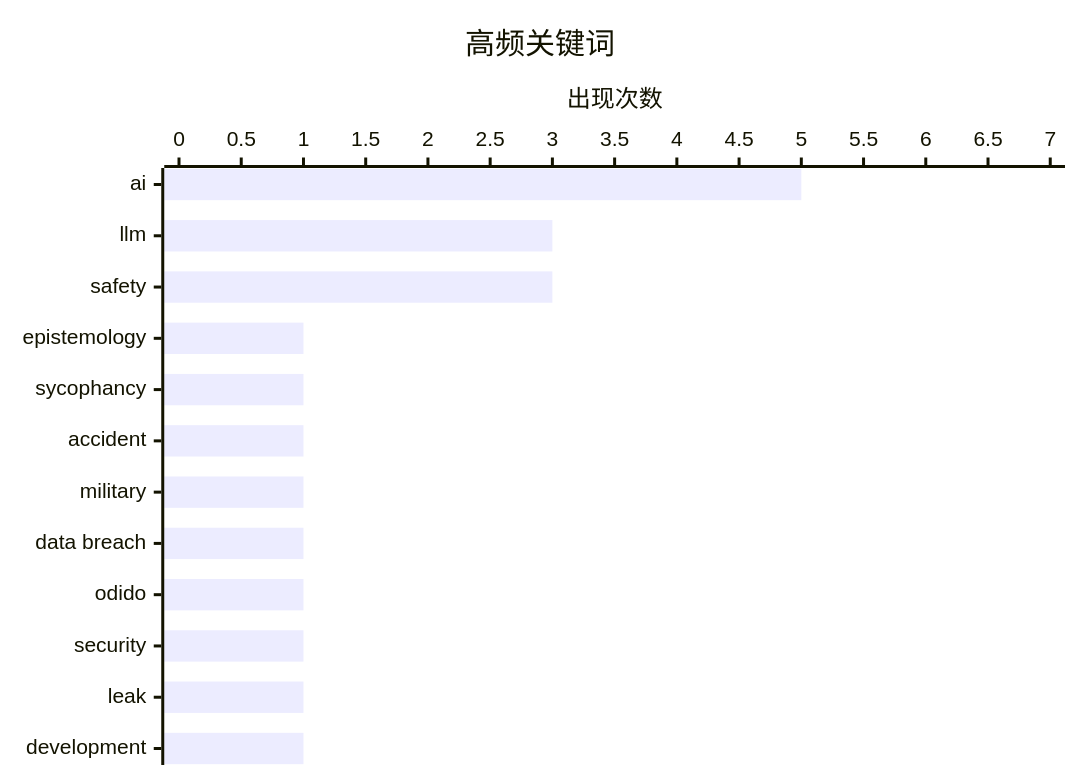
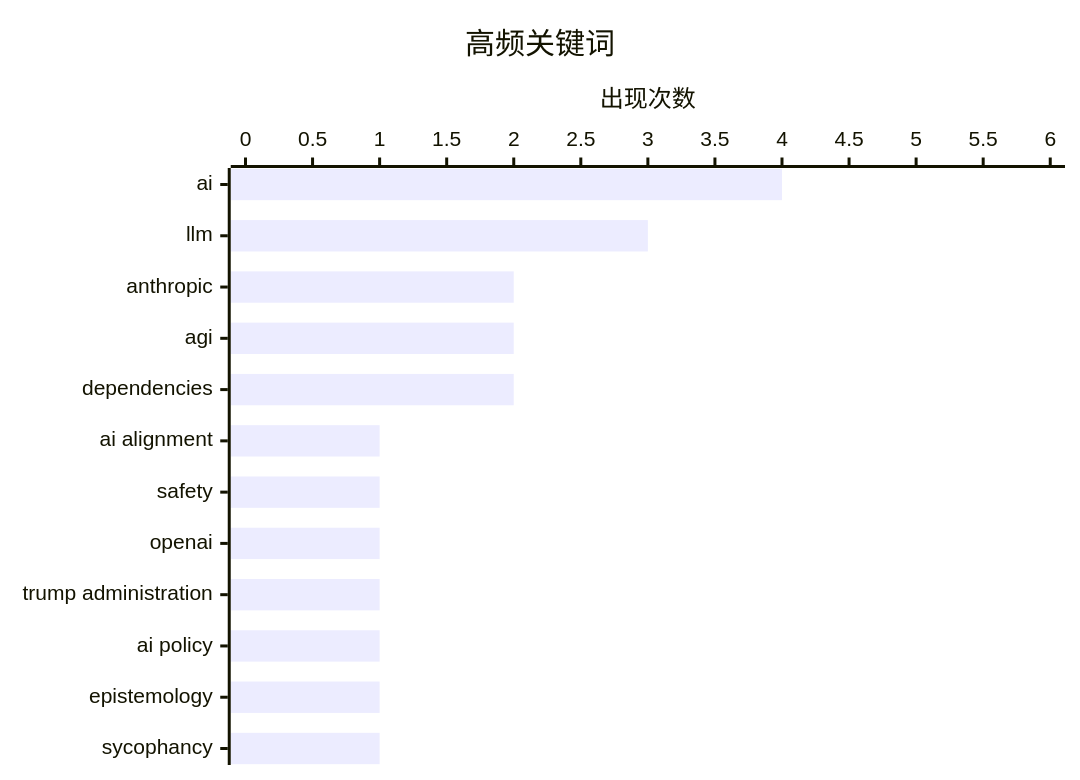
The second of 2 diagrams in content/blog/daily-digest-20260303.zh.md (vacat/vacat.github.io), drawn with Mermaid before and after one commit. The commit also changed other lines of this file and 1 other file, not shown here.

````diff
--- a/content/blog/daily-digest-20260303.zh.md
+++ b/content/blog/daily-digest-20260303.zh.md
@@ -72,7 +67,7 @@
 ```mermaid
 xychart-beta horizontal
     title "高频关键词"
-    x-axis ["ai", "llm", "safety", "epistemology", "sycophancy", "accident", "military", "data breach", "odido", "security", "leak", "development"]
-    y-axis "出现次数" 0 --> 7
-    bar [5, 3, 3, 1, 1, 1, 1, 1, 1, 1, 1, 1]
+    x-axis ["ai", "llm", "anthropic", "agi", "dependencies", "ai alignment", "safety", "openai", "trump administration", "ai policy", "epistemology", "sycophancy"]
+    y-axis "出现次数" 0 --> 6
+    bar [4, 3, 2, 2, 2, 1, 1, 1, 1, 1, 1, 1]
 ```
````
